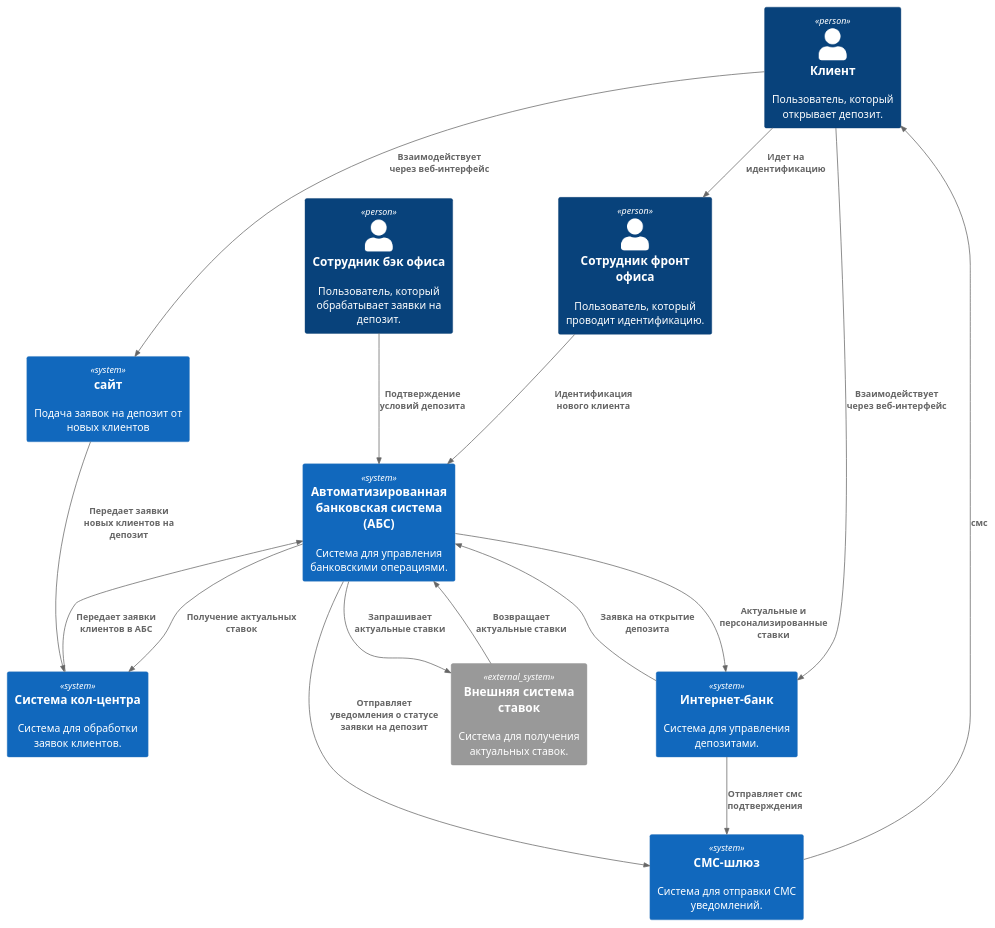
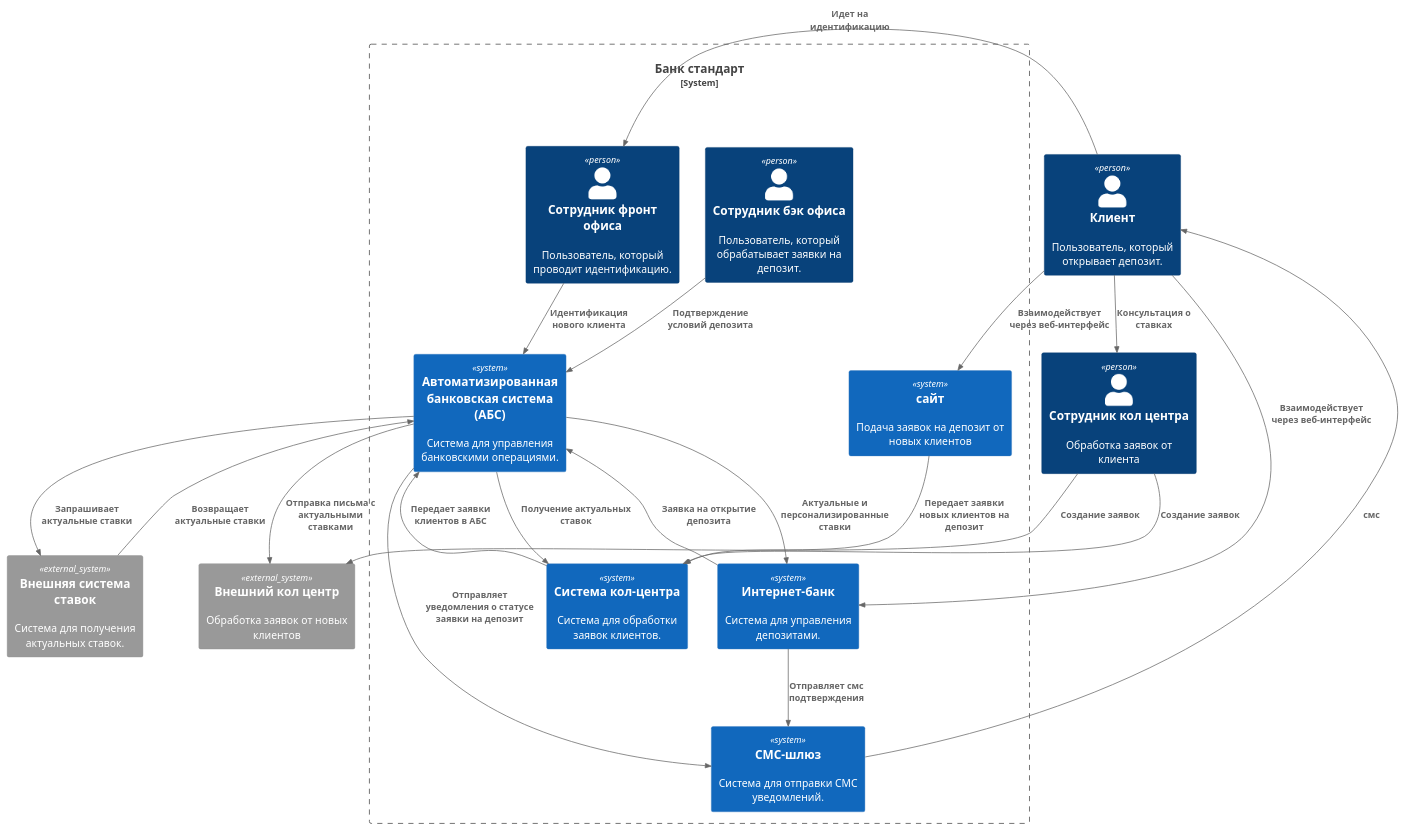
The diagram in task 4/c4-context.puml (donserious/axe-architecture-standart), drawn with PlantUML before and after one commit. The commit also changed 5 other files, not shown here.

```diff
--- a/task 4/c4-context.puml
+++ b/task 4/c4-context.puml
@@ -1,32 +1,41 @@
 @startuml
 !includeurl https://raw.githubusercontent.com/RicardoNiepel/C4-PlantUML/master/C4_Component.puml
 
 
 Person(client, "Клиент", "Пользователь, который открывает депозит.")
-Person(depositManager, "Сотрудник бэк офиса", "Пользователь, который обрабатывает заявки на депозит.")
-Person(frontManager, "Сотрудник фронт офиса", "Пользователь, который проводит идентификацию.")
-System(internetBank, "Интернет-банк", "Система для управления депозитами.")
-System(site, "сайт", "Подача заявок на депозит от новых клиентов")
-System(callCenter, "Система кол-центра", "Система для обработки заявок клиентов.")
-System(smsGateway, "СМС-шлюз", "Система для отправки СМС уведомлений.")
-System(ABS, "Автоматизированная банковская система (АБС)", "Система для управления банковскими операциями.")
+Person(managerCallCenter, "Сотрудник кол центра", "Обработка заявок от клиента")
 System_Ext(externalRateService, "Внешняя система ставок", "Система для получения актуальных ставок.")
+System_Ext(extCallCenter, "Внешний кол центр", "Обработка заявок от новых клиентов")
 
+System_Boundary(bankStandart, "Банк стандарт") {
 
-Rel(client, site, "Взаимодействует через веб-интерфейс")
-Rel(client, frontManager, "Идет на идентификацию")
-Rel(client, internetBank, "Взаимодействует через веб-интерфейс")
-Rel(depositManager, ABS, "Подтверждение условий депозита")
-Rel(frontManager, ABS, "Идентификация нового клиента")
-Rel(site, callCenter, "Передает заявки новых клиентов на депозит")
-Rel(callCenter, ABS , "Передает заявки клиентов в АБС")
-Rel(ABS, callCenter, "Получение актуальных ставок")
-Rel(smsGateway, client, "смс")
-Rel(internetBank, smsGateway, "Отправляет смс подтверждения")
-Rel(internetBank, ABS, "Заявка на открытие депозита")
-Rel(ABS, internetBank, "Актуальные и персонализированные ставки")
-Rel(externalRateService, ABS, "Возвращает актуальные ставки")
-Rel(ABS, externalRateService, "Запрашивает актуальные ставки")
-Rel(ABS, smsGateway, "Отправляет уведомления о статусе заявки на депозит")
+    Person(depositManager, "Сотрудник бэк офиса", "Пользователь, который обрабатывает заявки на депозит.")
+    Person(frontManager, "Сотрудник фронт офиса", "Пользователь, который проводит идентификацию.")
+    System(internetBank, "Интернет-банк", "Система для управления депозитами.")
+    System(site, "сайт", "Подача заявок на депозит от новых клиентов")
+    System(callCenter, "Система кол-центра", "Система для обработки заявок клиентов.")
+    System(smsGateway, "СМС-шлюз", "Система для отправки СМС уведомлений.")
+    System(ABS, "Автоматизированная банковская система (АБС)", "Система для управления банковскими операциями.")
 
+    Rel(client, site, "Взаимодействует через веб-интерфейс")
+    Rel(client, frontManager, "Идет на идентификацию")
+    Rel(client, internetBank, "Взаимодействует через веб-интерфейс")
+    Rel(depositManager, ABS, "Подтверждение условий депозита")
+    Rel(frontManager, ABS, "Идентификация нового клиента")
+    Rel(site, callCenter, "Передает заявки новых клиентов на депозит")
+    Rel(callCenter, ABS , "Передает заявки клиентов в АБС")
+    Rel(ABS, callCenter, "Получение актуальных ставок")
+    Rel(smsGateway, client, "смс")
+    Rel(internetBank, smsGateway, "Отправляет смс подтверждения")
+    Rel(internetBank, ABS, "Заявка на открытие депозита")
+    Rel(ABS, internetBank, "Актуальные и персонализированные ставки")
+    Rel(externalRateService, ABS, "Возвращает актуальные ставки")
+    Rel(ABS, externalRateService, "Запрашивает актуальные ставки")
+    Rel(ABS, smsGateway, "Отправляет уведомления о статусе заявки на депозит")
+    Rel(ABS, extCallCenter, "Отправка письма с актуальными ставками")
+    Rel(client, managerCallCenter, "Консультация о ставках")
+    Rel(managerCallCenter, callCenter, "Создание заявок")
+    Rel(managerCallCenter, extCallCenter, "Создание заявок")
+
+}
 @enduml
```
